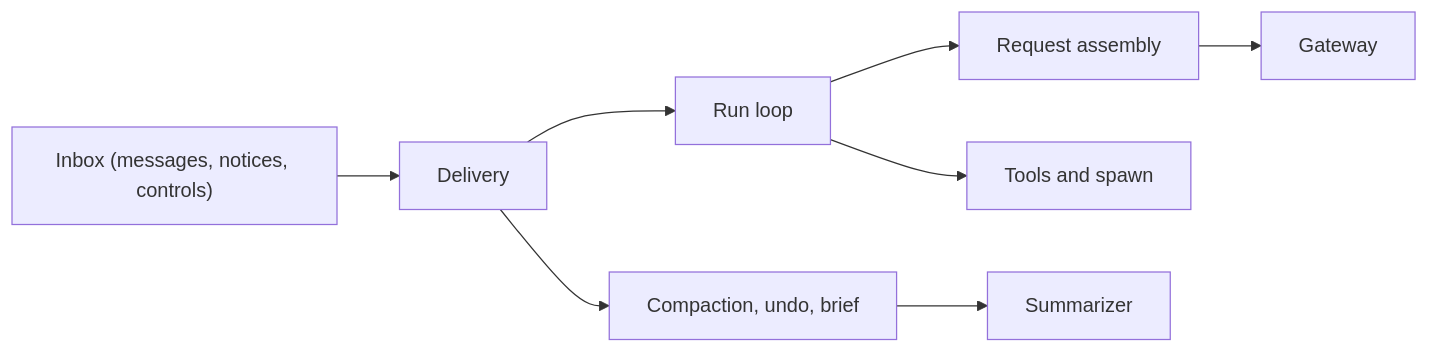
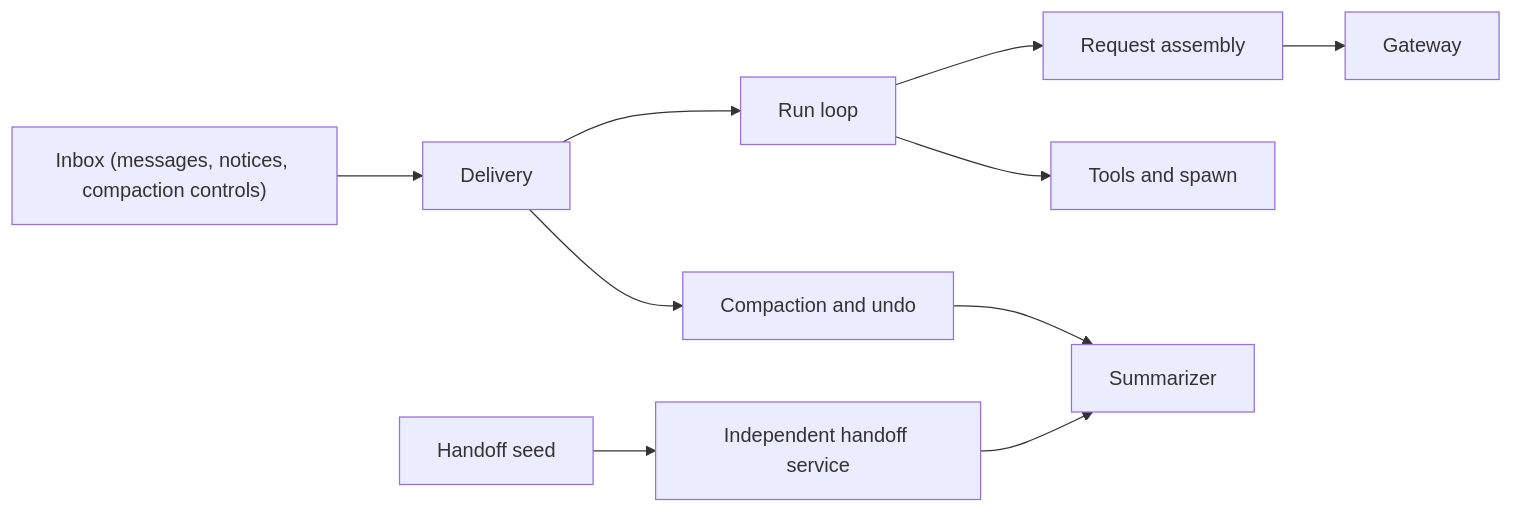
One commit to haowjy/meridian-flow changed the diagram in apps/server/server/domains/runtime/.context/CONTEXT.md. Above: the diagram before and after it, drawn with Mermaid. The commit also changed other lines of this file and 58 other files, not shown here.

Commit message:
feat(runtime): run handoff briefs outside the inbox

````diff
--- a/apps/server/server/domains/runtime/.context/CONTEXT.md
+++ b/apps/server/server/domains/runtime/.context/CONTEXT.md
@@ -8,10 +8,12 @@
 ```mermaid
 flowchart LR
-  Inbox["Inbox (messages, notices, controls)"] --> Delivery["Delivery"]
+  Inbox["Inbox (messages, notices, compaction controls)"] --> Delivery["Delivery"]
   Delivery --> RunLoop["Run loop"]
   RunLoop --> Assembly["Request assembly"]
   Assembly --> Gateway["Gateway"]
   RunLoop --> Tools["Tools and spawn"]
-  Delivery --> Compaction["Compaction, undo, brief"]
-  Compaction --> Summarizer["Summarizer"]
+  Delivery --> Compaction["Compaction and undo"]
+  Handoff["Handoff seed"] --> HandoffService["Independent handoff service"]
+  HandoffService --> Summarizer["Summarizer"]
+  Compaction --> Summarizer
 ```
````
